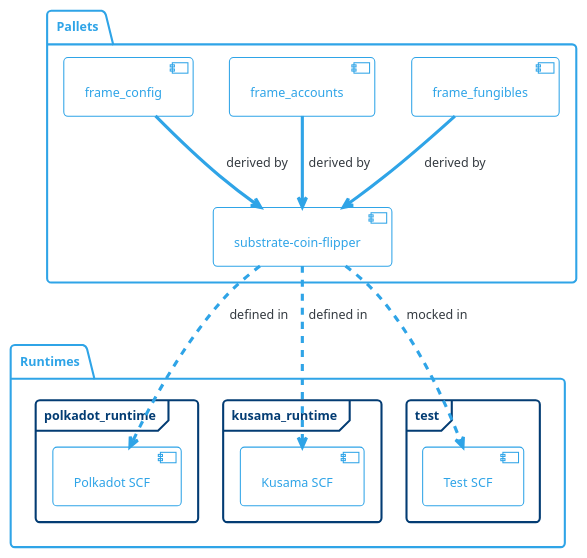
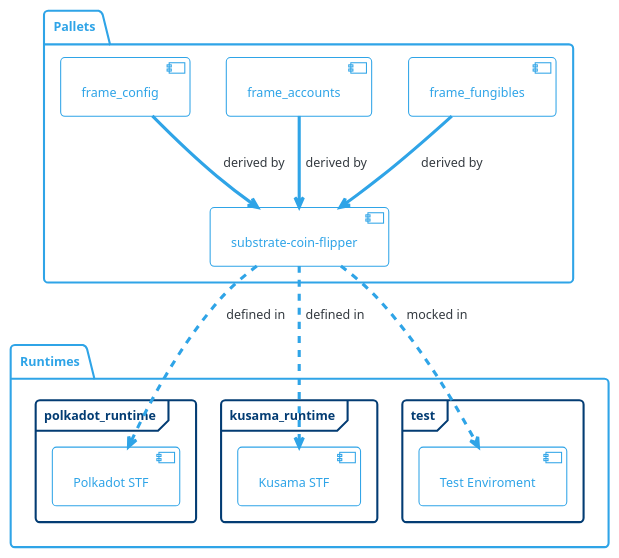
The first of 2 diagrams in Tutorial-1.md (davassi/substrate-tutorials), drawn with PlantUML before and after one commit. The commit also changed other lines of this file, not shown here.

````diff
--- a/Tutorial-1.md
+++ b/Tutorial-1.md
@@ -100,33 +98,33 @@
 ```plantuml
 @startuml
 !theme cerulean-outline
 
 package "Pallets" {
 [frame_fungibles] as FF
 [frame_accounts] as FP
 [frame_config] as FC
 [substrate-coin-flipper] as SCF
 }
 
 package "Runtimes" {
 frame polkadot_runtime {
-[Polkadot SCF] as PSCF
+[Polkadot STF] as PSCF
 }
 frame kusama_runtime {
-[Kusama SCF] as KSCF
+[Kusama STF] as KSCF
 }
 frame test {
-[Test SCF] as TSCF
+[Test Enviroment] as TSCF
 }
 }
 
 FC --> SCF : "derived by"
 FF --> SCF : "derived by"
 FP --> SCF : "derived by"
 
 SCF ..> PSCF : "defined in"
 SCF ..> KSCF : "defined in"
 SCF ..> TSCF : "mocked in"
 
 @enduml
 ```
````
